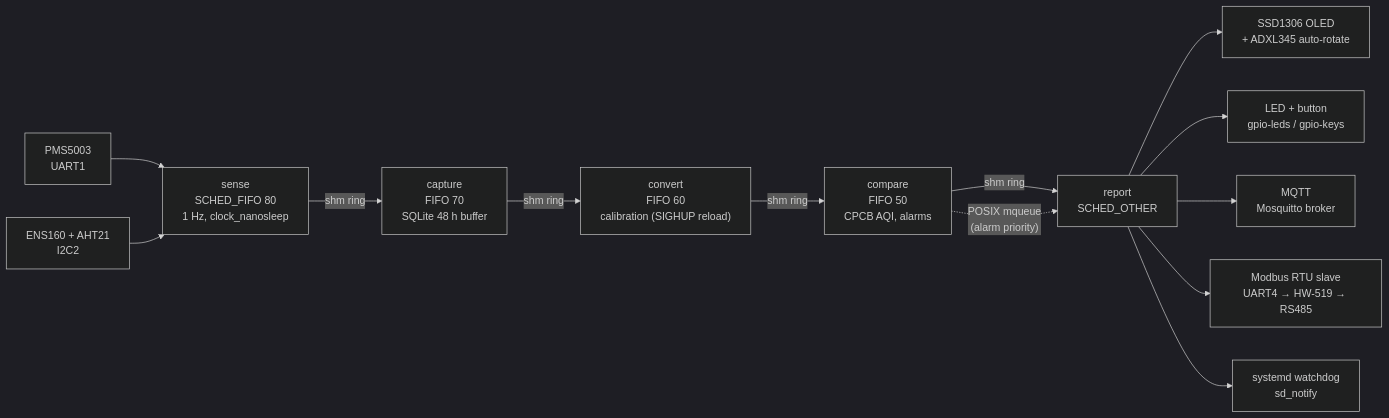
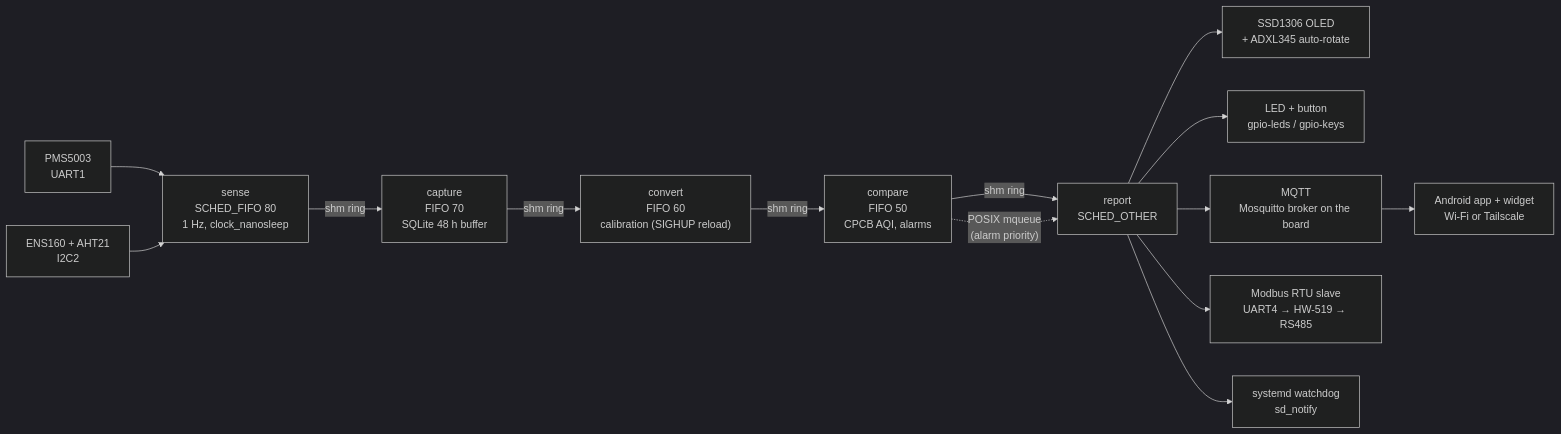
The diagram in README.md (amanr268/bbb-air-quality-monitor), drawn with Mermaid (dark theme) before and after one commit. The commit also changed other lines of this file and 2 other files, not shown here.

Commit message:
README: Android app, board broker, self-test + app health, ENS160 stall recovery; remove .DS_Store

````diff
--- a/README.md
+++ b/README.md
@@ -27,15 +28,15 @@
 ```mermaid
 flowchart LR
     PMS[PMS5003<br/>UART1] --> S
     ENS[ENS160 + AHT21<br/>I2C2] --> S
     S["sense<br/>SCHED_FIFO 80<br/>1 Hz, clock_nanosleep"] -->|shm ring| C
     C["capture<br/>FIFO 70<br/>SQLite 48 h buffer"] -->|shm ring| V
     V["convert<br/>FIFO 60<br/>calibration (SIGHUP reload)"] -->|shm ring| P
     P["compare<br/>FIFO 50<br/>CPCB AQI, alarms"] -->|shm ring| R
     P -. "POSIX mqueue<br/>(alarm priority)" .-> R
     R["report<br/>SCHED_OTHER"] --> OLED[SSD1306 OLED<br/>+ ADXL345 auto-rotate]
     R --> LED[LED + button<br/>gpio-leds / gpio-keys]
-    R --> MQTT[MQTT<br/>Mosquitto broker]
+    R --> MQTT[MQTT<br/>Mosquitto broker on the board] --> APP[Android app + widget<br/>Wi-Fi or Tailscale]
     R --> MB[Modbus RTU slave<br/>UART4 → HW-519 → RS485]
     R --> SD[systemd watchdog<br/>sd_notify]
 ```
````
